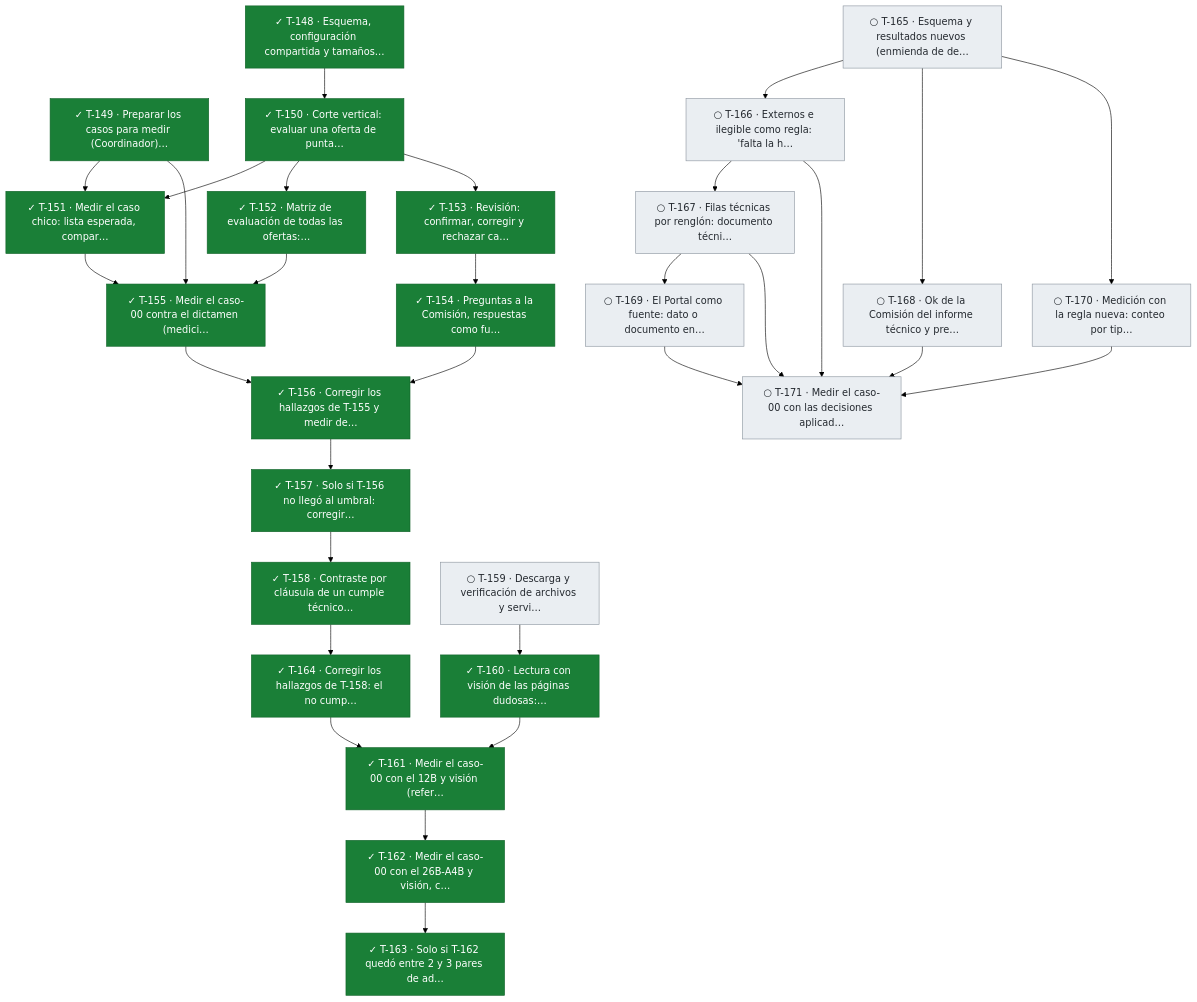
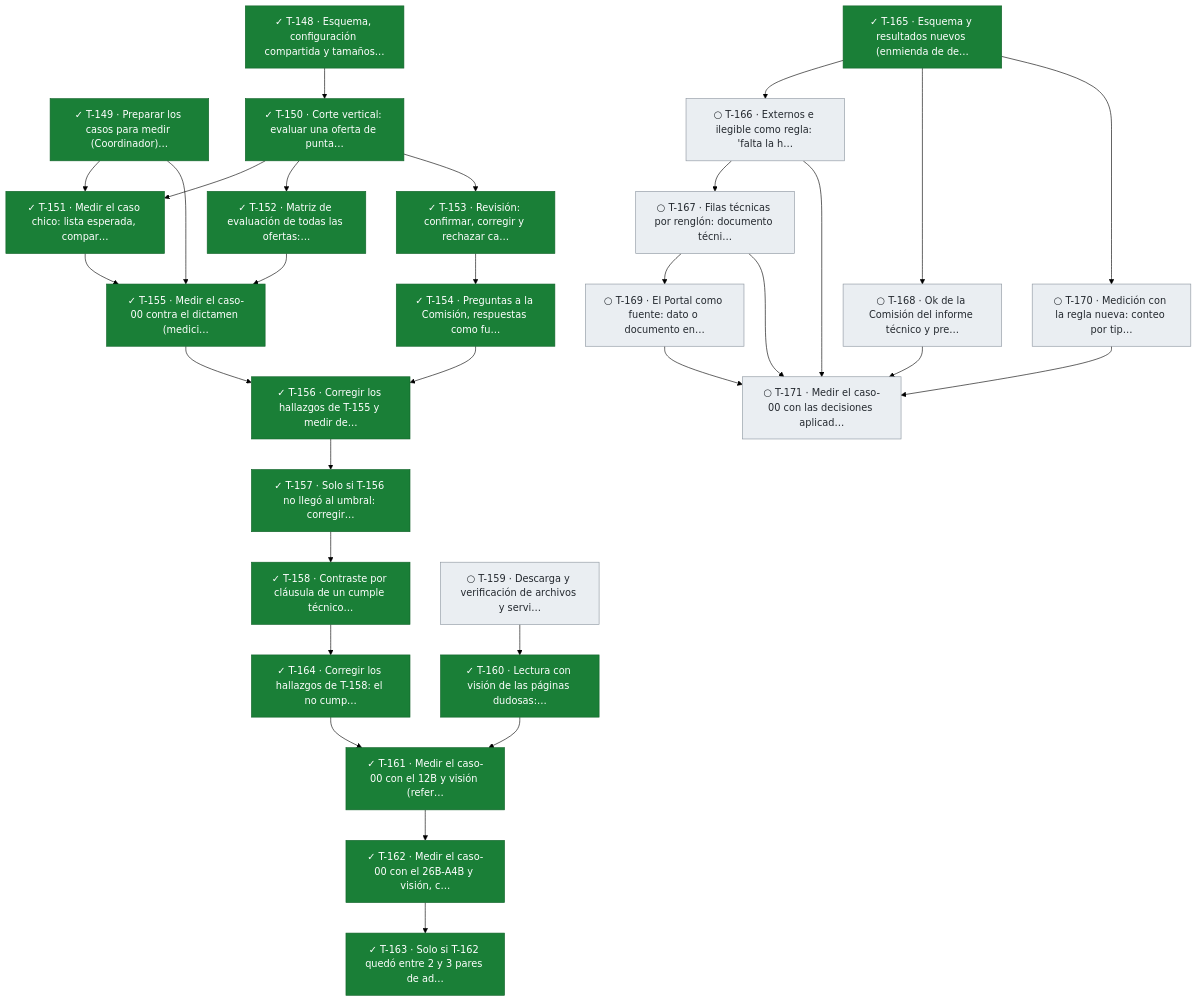
One commit to snavello/EVALUON changed the seventh of 11 diagrams in docs/tablero.md. Above: the diagram before and after it, drawn with Mermaid (forest theme). The commit also changed other lines of this file and 1 other file, not shown here.

````diff
--- a/docs/tablero.md
+++ b/docs/tablero.md
@@ -699,61 +699,61 @@
 ```mermaid
 flowchart TD
   T148["✓ T-148 · Esquema, configuración compartida y tamaños…"]:::done
   T149["✓ T-149 · Preparar los casos para medir (Coordinador)…"]:::done
   T150["✓ T-150 · Corte vertical: evaluar una oferta de punta…"]:::done
   T151["✓ T-151 · Medir el caso chico: lista esperada, compar…"]:::done
   T152["✓ T-152 · Matriz de evaluación de todas las ofertas:…"]:::done
   T153["✓ T-153 · Revisión: confirmar, corregir y rechazar ca…"]:::done
   T154["✓ T-154 · Preguntas a la Comisión, respuestas como fu…"]:::done
   T155["✓ T-155 · Medir el caso-00 contra el dictamen (medici…"]:::done
   T156["✓ T-156 · Corregir los hallazgos de T-155 y medir de…"]:::done
   T157["✓ T-157 · Solo si T-156 no llegó al umbral: corregir…"]:::done
   T158["✓ T-158 · Contraste por cláusula de un cumple técnico…"]:::done
   T164["✓ T-164 · Corregir los hallazgos de T-158: el no cump…"]:::done
   T159["○ T-159 · Descarga y verificación de archivos y servi…"]:::todo
   T160["✓ T-160 · Lectura con visión de las páginas dudosas:…"]:::done
   T161["✓ T-161 · Medir el caso-00 con el 12B y visión (refer…"]:::done
   T162["✓ T-162 · Medir el caso-00 con el 26B-A4B y visión, c…"]:::done
   T163["✓ T-163 · Solo si T-162 quedó entre 2 y 3 pares de ad…"]:::done
-  T165["○ T-165 · Esquema y resultados nuevos (enmienda de de…"]:::todo
+  T165["✓ T-165 · Esquema y resultados nuevos (enmienda de de…"]:::done
   T166["○ T-166 · Externos e ilegible como regla: 'falta la h…"]:::todo
   T167["○ T-167 · Filas técnicas por renglón: documento técni…"]:::todo
   T168["○ T-168 · Ok de la Comisión del informe técnico y pre…"]:::todo
   T169["○ T-169 · El Portal como fuente: dato o documento en…"]:::todo
   T170["○ T-170 · Medición con la regla nueva: conteo por tip…"]:::todo
   T171["○ T-171 · Medir el caso-00 con las decisiones aplicad…"]:::todo
   T148 --> T150
   T149 --> T151
   T150 --> T151
   T150 --> T152
   T150 --> T153
   T153 --> T154
   T149 --> T155
   T151 --> T155
   T152 --> T155
   T154 --> T156
   T155 --> T156
   T156 --> T157
   T157 --> T158
   T158 --> T164
   T159 --> T160
   T160 --> T161
   T164 --> T161
   T161 --> T162
   T162 --> T163
   T165 --> T166
   T166 --> T167
   T165 --> T168
   T167 --> T169
   T165 --> T170
   T166 --> T171
   T167 --> T171
   T168 --> T171
   T169 --> T171
   T170 --> T171
   classDef done fill:#1a7f37,stroke:#116329,color:#ffffff
   classDef review fill:#0969da,stroke:#0550ae,color:#ffffff
   classDef active fill:#bf8700,stroke:#7d4e00,color:#ffffff
   classDef blocked fill:#cf222e,stroke:#a40e26,color:#ffffff
   classDef todo fill:#eaeef2,stroke:#8c959f,color:#24292f
 ```
````
